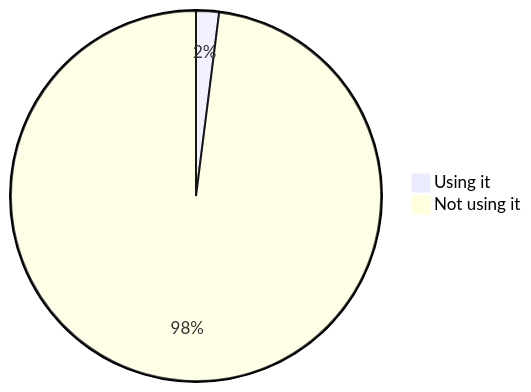
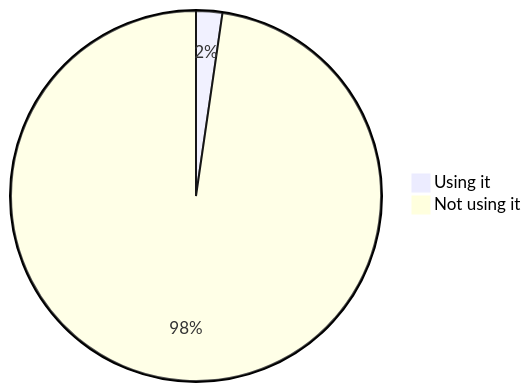
One commit to oshp/oshp-stats changed the seventh of 22 diagrams in stats.md. Above: the diagram before and after it, drawn with Mermaid. The commit also changed other lines of this file, not shown here.

````diff
--- a/stats.md
+++ b/stats.md
@@ -82,6 +82,6 @@
 ```mermaid
 pie
-	"Using it" : 2.0
-	"Not using it" : 98.0
+	"Using it" : 2.29
+	"Not using it" : 97.71
 
 ```
````
